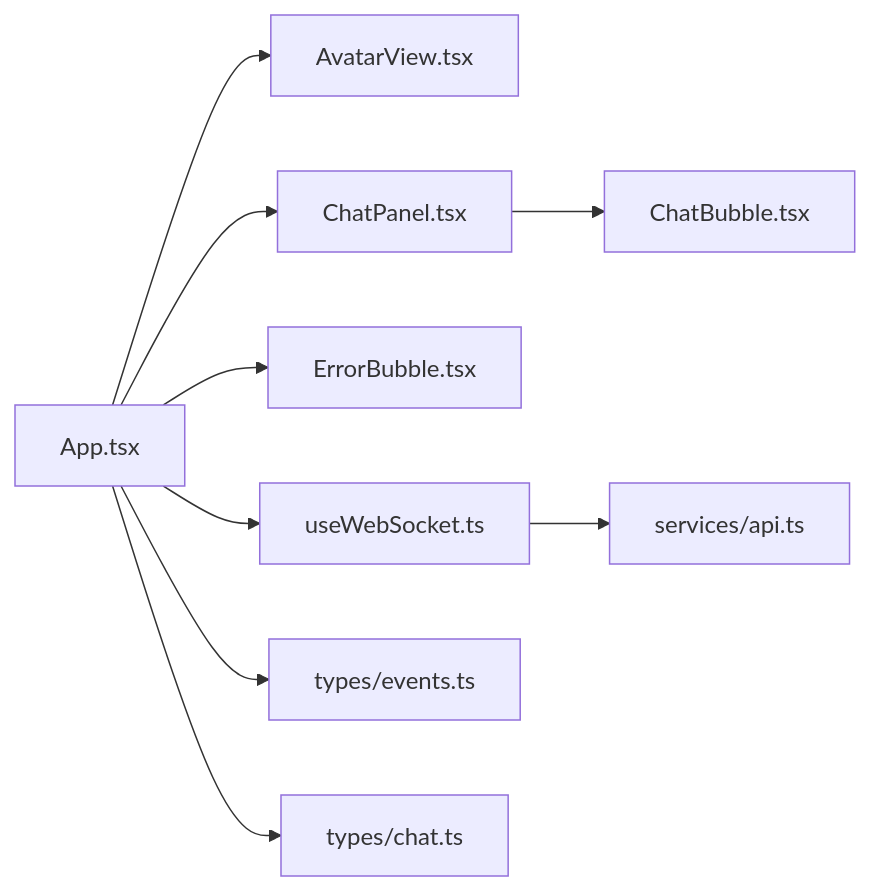
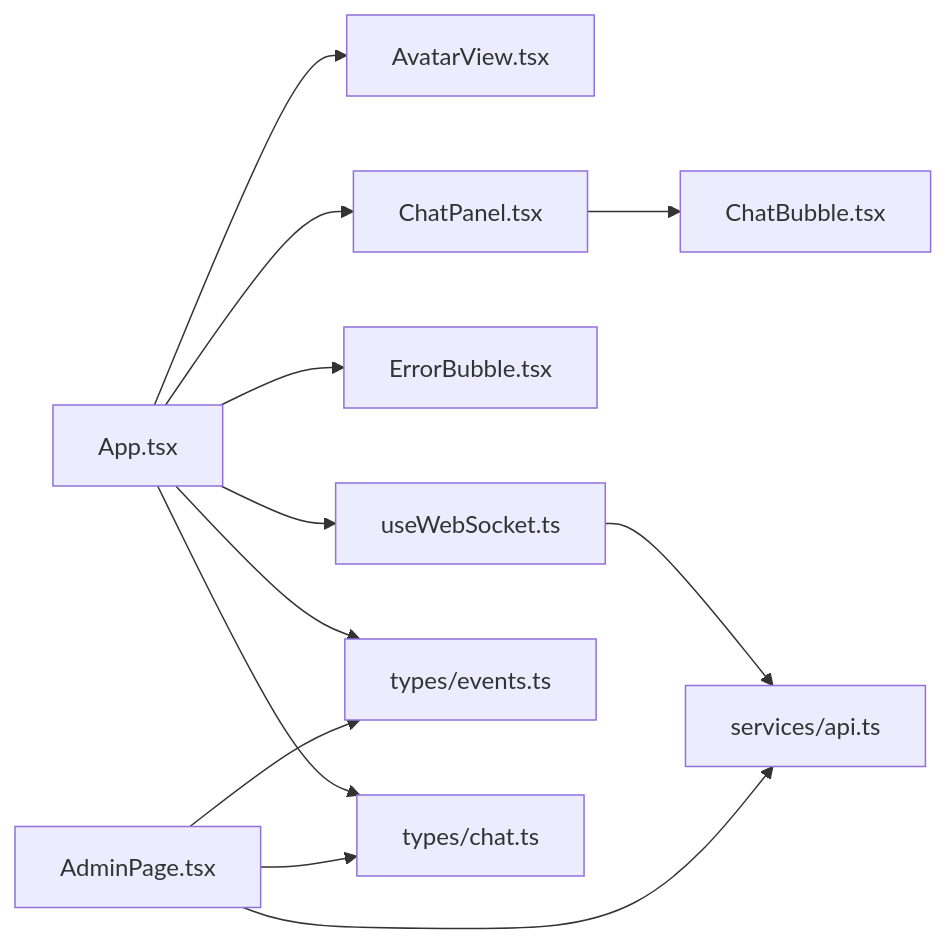
The seventh of 7 diagrams in .qoder/repowiki/zh/content/前端应用/前端应用.md (leo21cn/real-time-talk), drawn with Mermaid before and after one commit. The commit also changed other lines of this file and 46 other files, not shown here.

````diff
--- a/.qoder/repowiki/zh/content/前端应用/前端应用.md
+++ b/.qoder/repowiki/zh/content/前端应用/前端应用.md
@@ -295,11 +335,14 @@
 ```mermaid
 graph LR
 App["App.tsx"] --> AV["AvatarView.tsx"]
 App --> CP["ChatPanel.tsx"]
 CP --> CB["ChatBubble.tsx"]
 App --> EB["ErrorBubble.tsx"]
 App --> WS["useWebSocket.ts"]
 WS --> API["services/api.ts"]
 App --> TEvents["types/events.ts"]
 App --> TChat["types/chat.ts"]
+Admin["AdminPage.tsx"] --> API
+Admin --> TEvents
+Admin --> TChat
 ```
````
